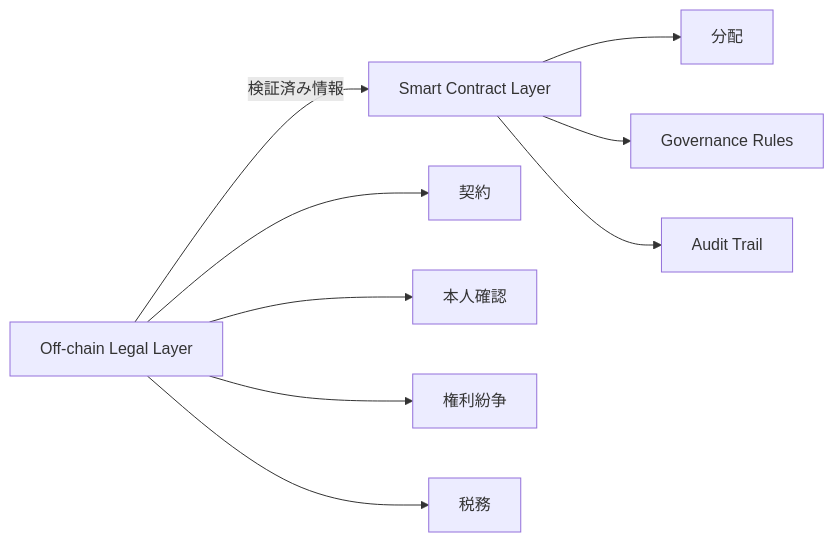
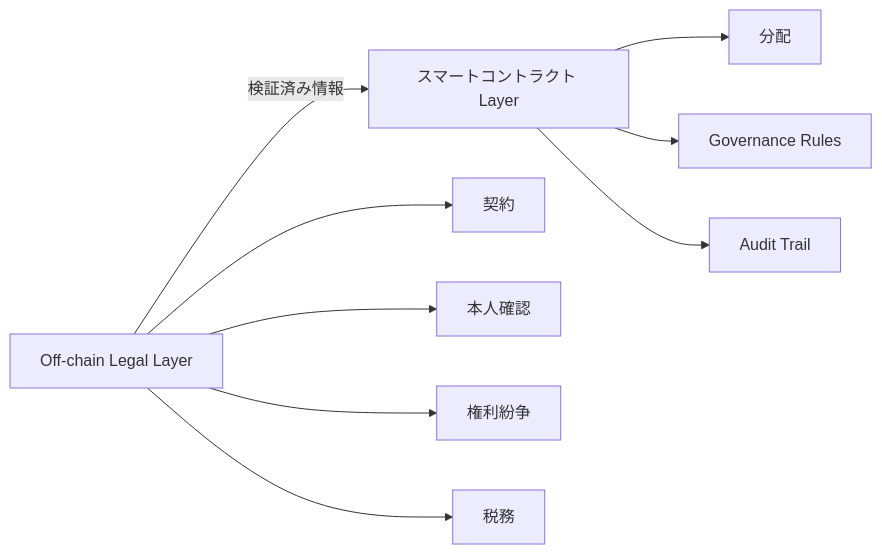
Before and after one commit to ShigeichiroYamasaki/creator-first-platform: diagram 12 of 17 in docs/whitepaper/03-rights-and-money.md, drawn with Mermaid. The commit also changed other lines of this file and 67 other files, not shown here.

````diff
--- a/docs/whitepaper/03-rights-and-money.md
+++ b/docs/whitepaper/03-rights-and-money.md
@@ -300,11 +300,11 @@
 ```mermaid
 flowchart LR
-    LEGAL[Off-chain Legal Layer] -->|検証済み情報| SC[Smart Contract Layer]
+    LEGAL[Off-chain Legal Layer] -->|検証済み情報| SC[スマートコントラクト Layer]
     LEGAL --> CONTRACT[契約]
     LEGAL --> ID[本人確認]
     LEGAL --> RIGHTS[権利紛争]
     LEGAL --> TAX[税務]
     SC --> SPLIT[分配]
     SC --> GOV[Governance Rules]
     SC --> AUDIT[Audit Trail]
 ```
````
